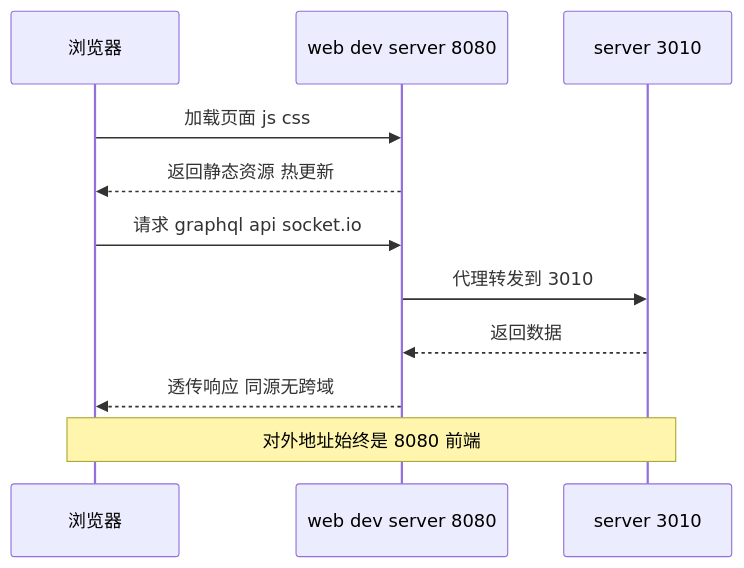
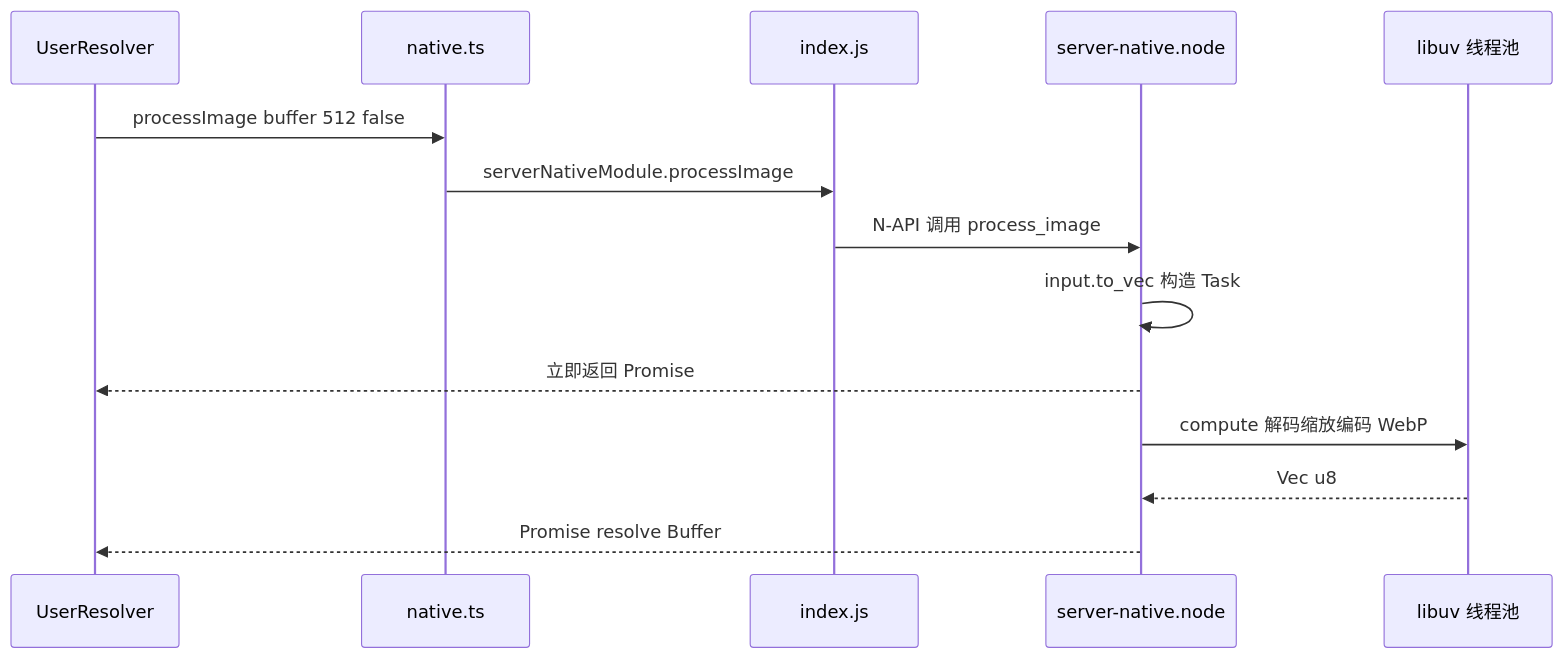
One commit to lfire/AFFiNE changed the fifth of 5 diagrams in learning-guide/slides/decks/11.md. Above: the diagram before and after it, drawn with Mermaid. The commit also changed other lines of this file and 73 other files, not shown here.

````diff
--- a/learning-guide/slides/decks/11.md
+++ b/learning-guide/slides/decks/11.md
@@ -257,13 +523,16 @@
 ```mermaid
 sequenceDiagram
-  participant B as 浏览器
-  participant W as web dev server 8080
-  participant S as server 3010
-  B->>W: 加载页面 js css
-  W-->>B: 返回静态资源 热更新
-  B->>W: 请求 graphql api socket.io
-  W->>S: 代理转发到 3010
-  S-->>W: 返回数据
-  W-->>B: 透传响应 同源无跨域
-  Note over B,S: 对外地址始终是 8080 前端
+  participant R as UserResolver
+  participant N as native.ts
+  participant J as index.js
+  participant B as server-native.node
+  participant T as libuv 线程池
+  R->>N: processImage buffer 512 false
+  N->>J: serverNativeModule.processImage
+  J->>B: N-API 调用 process_image
+  B->>B: input.to_vec 构造 Task
+  B-->>R: 立即返回 Promise
+  B->>T: compute 解码缩放编码 WebP
+  T-->>B: Vec u8
+  B-->>R: Promise resolve Buffer
 ```
````
